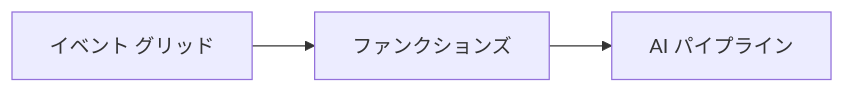
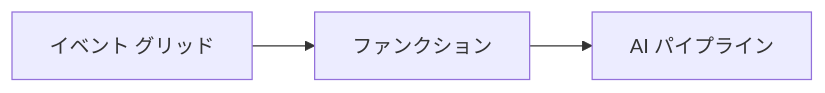
Before and after one commit to microsoft/AZD-for-beginners: the second of 2 diagrams in translations/ja/docs/chapter-08-production/README.md, drawn with Mermaid. The commit also changed other lines of this file and 101 other files, not shown here.

````diff
--- a/translations/ja/docs/chapter-08-production/README.md
+++ b/translations/ja/docs/chapter-08-production/README.md
@@ -54,4 +56,4 @@
 ```mermaid
 graph LR
-    EventGrid[イベント グリッド] --> Functions[ファンクションズ] --> Pipeline[AI パイプライン]
+    EventGrid[イベント グリッド] --> Functions[ファンクション] --> Pipeline[AI パイプライン]
 ```
````
